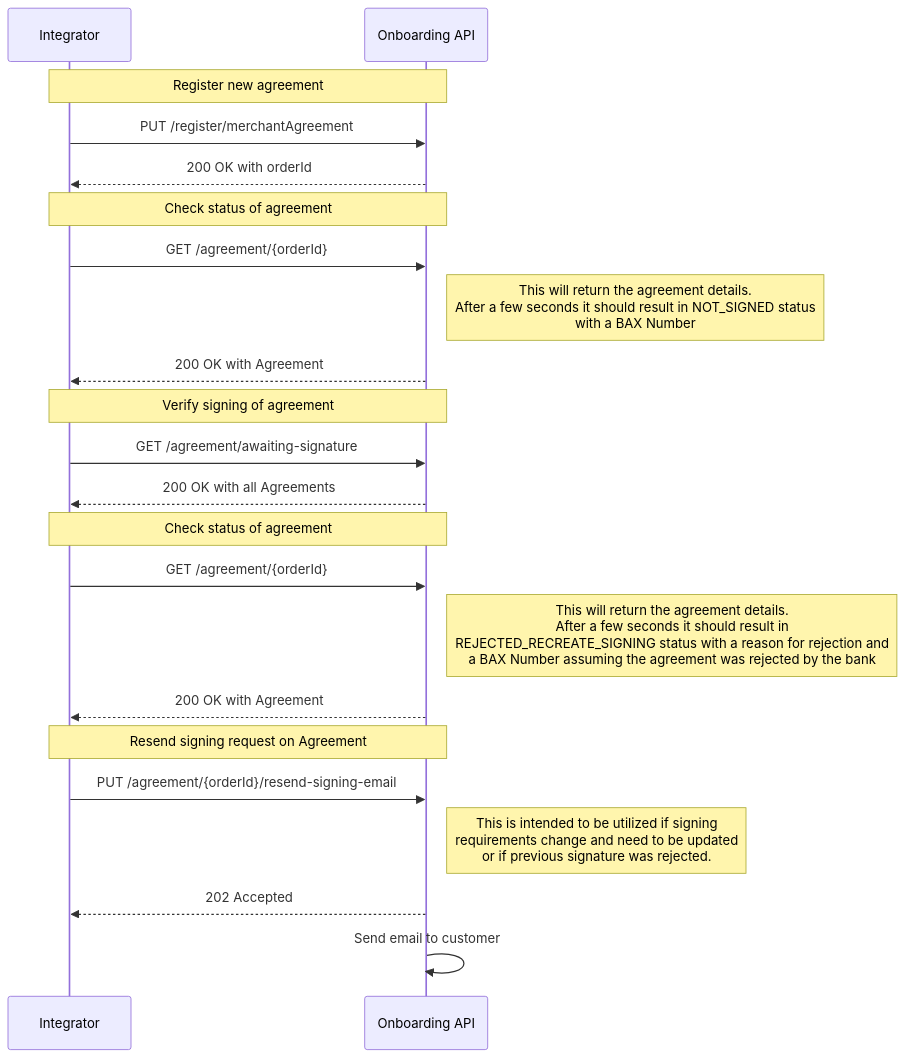
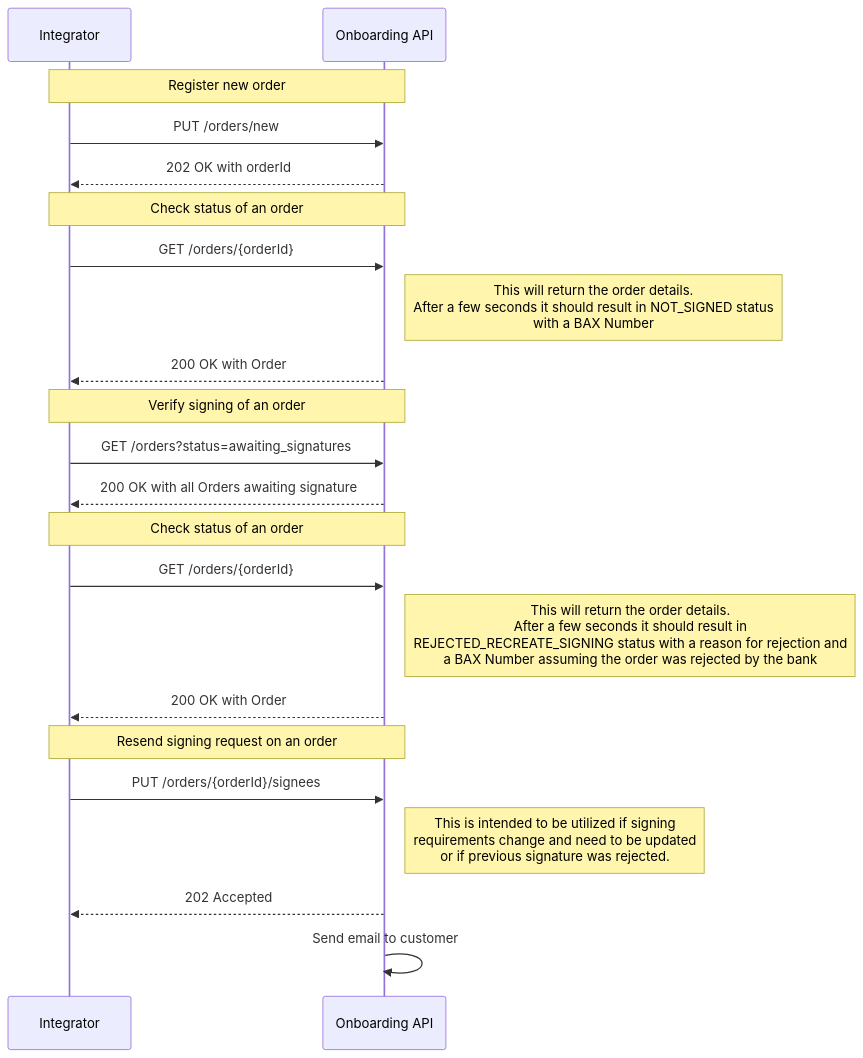
Before and after one commit to BankAxept/bankaxept-onboarding-external-documentation: the second of 2 diagrams in docs/prod_flows.md, drawn with Mermaid. The commit also changed other lines of this file and 3 other files, not shown here.

````diff
--- a/docs/prod_flows.md
+++ b/docs/prod_flows.md
@@ -31,30 +31,30 @@
 ```mermaid
 sequenceDiagram
 participant I as Integrator
 participant O as Onboarding API
 
-note over I, O: Register new agreement
-I ->> O: PUT /register/merchantAgreement
-O -->> I: 200 OK with orderId
+note over I, O: Register new order
+I ->> O: PUT /orders/new
+O -->> I: 202 OK with orderId
 
-note over I, O: Check status of agreement
-I ->> O : GET /agreement/{orderId}
-note right of O: This will return the agreement details. <br/> After a few seconds it should result in NOT_SIGNED status <br/> with a BAX Number
-O -->> I: 200 OK with Agreement
+note over I, O: Check status of an order
+I ->> O : GET /orders/{orderId}
+note right of O: This will return the order details. <br/> After a few seconds it should result in NOT_SIGNED status <br/> with a BAX Number
+O -->> I: 200 OK with Order
 
-note over I, O: Verify signing of agreement
-I ->> O: GET /agreement/awaiting-signature
-O -->> I: 200 OK with all Agreements
+note over I, O: Verify signing of an order
+I ->> O: GET /orders?status=awaiting_signatures
+O -->> I: 200 OK with all Orders awaiting signature
 
-note over I, O: Check status of agreement
-I ->> O : GET /agreement/{orderId}
-note right of O: This will return the agreement details. <br/> After a few seconds it should result in <br/> REJECTED_RECREATE_SIGNING status with a reason for rejection and <br/> a BAX Number assuming the agreement was rejected by the bank
-O -->> I: 200 OK with Agreement
+note over I, O: Check status of an order
+I ->> O : GET /orders/{orderId}
+note right of O: This will return the order details. <br/> After a few seconds it should result in <br/> REJECTED_RECREATE_SIGNING status with a reason for rejection and <br/> a BAX Number assuming the order was rejected by the bank
+O -->> I: 200 OK with Order
 
-note over I, O: Resend signing request on Agreement
-I ->> O: PUT /agreement/{orderId}/resend-signing-email
+note over I, O: Resend signing request on an order
+I ->> O: PUT /orders/{orderId}/signees
 note right of O: This is intended to be utilized if signing <br/> requirements change and need to be updated <br/> or if previous signature was rejected.
 
 O -->> I: 202 Accepted
 O ->> O: Send email to customer
 ```
````
